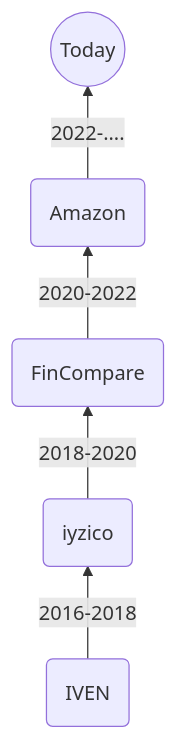
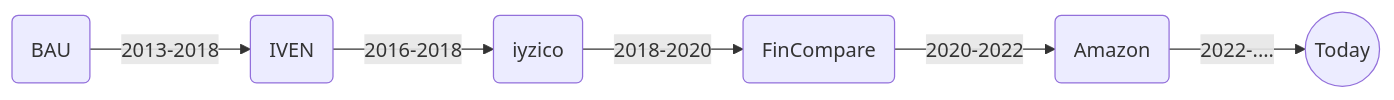
The diagram in readme.md (spacelatte/spacelatte), drawn with Mermaid before and after one commit.

````diff
--- a/readme.md
+++ b/readme.md
@@ -17,7 +17,8 @@
 ```mermaid
-flowchart BT
+flowchart LR
   amzn(Amazon)   -- 2022-.... --> today((Today))
   fc(FinCompare) -- 2020-2022  --> amzn(Amazon)
   iyz(iyzico)    -- 2018-2020  --> fc(FinCompare)
   iven(IVEN)     -- 2016-2018  --> iyz(iyzico)  
+  bau(BAU)       -- 2013-2018  --> iven(IVEN)
 ```
````
